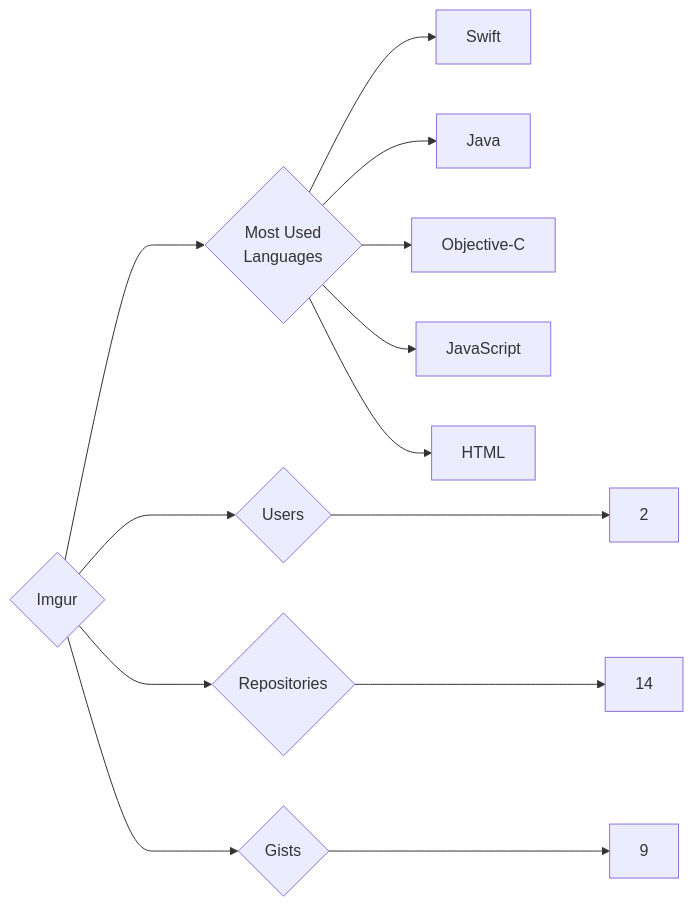
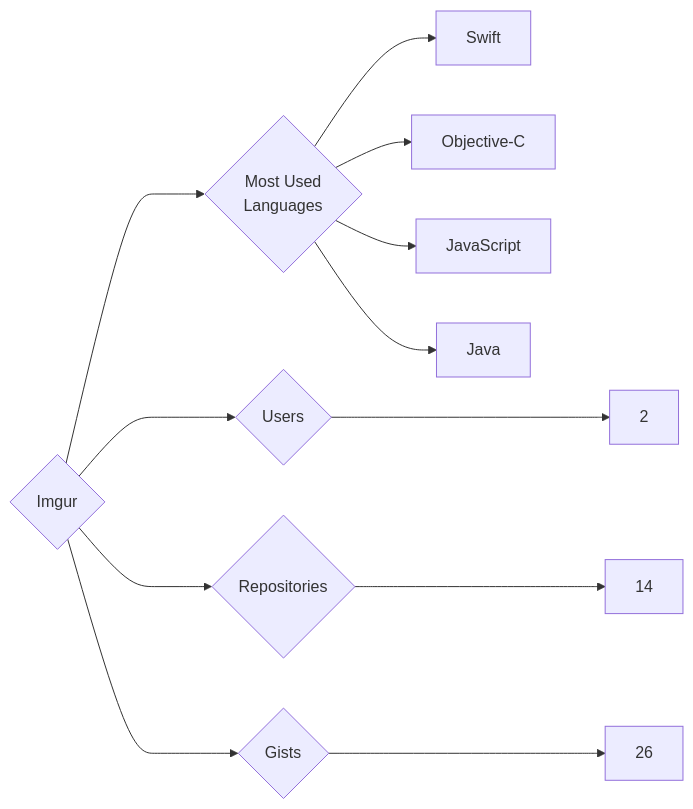
One commit to trickest/insiders changed the diagram in targets/Imgur/README.md. Above: the diagram before and after it, drawn with Mermaid. The commit also changed 1084 other files, not shown here.

````diff
--- a/targets/Imgur/README.md
+++ b/targets/Imgur/README.md
@@ -3,13 +3,12 @@
 ```mermaid
 graph LR
 COMPANY_NAME{Imgur}
 COMPANY_NAME ---> U{Users} ---> UN[2]
 COMPANY_NAME ---> R{Repositories} ---> RN[14]
-COMPANY_NAME ---> G{Gists} ---> GN[9]
+COMPANY_NAME ---> G{Gists} ---> GN[26]
 COMPANY_NAME ---> ML{Most Used<br>Languages}
 ML --> Swift[Swift]
-ML --> Java[Java]
 ML --> Objective-C[Objective-C]
 ML --> JavaScript[JavaScript]
-ML --> HTML[HTML]
+ML --> Java[Java]
 ```
````
